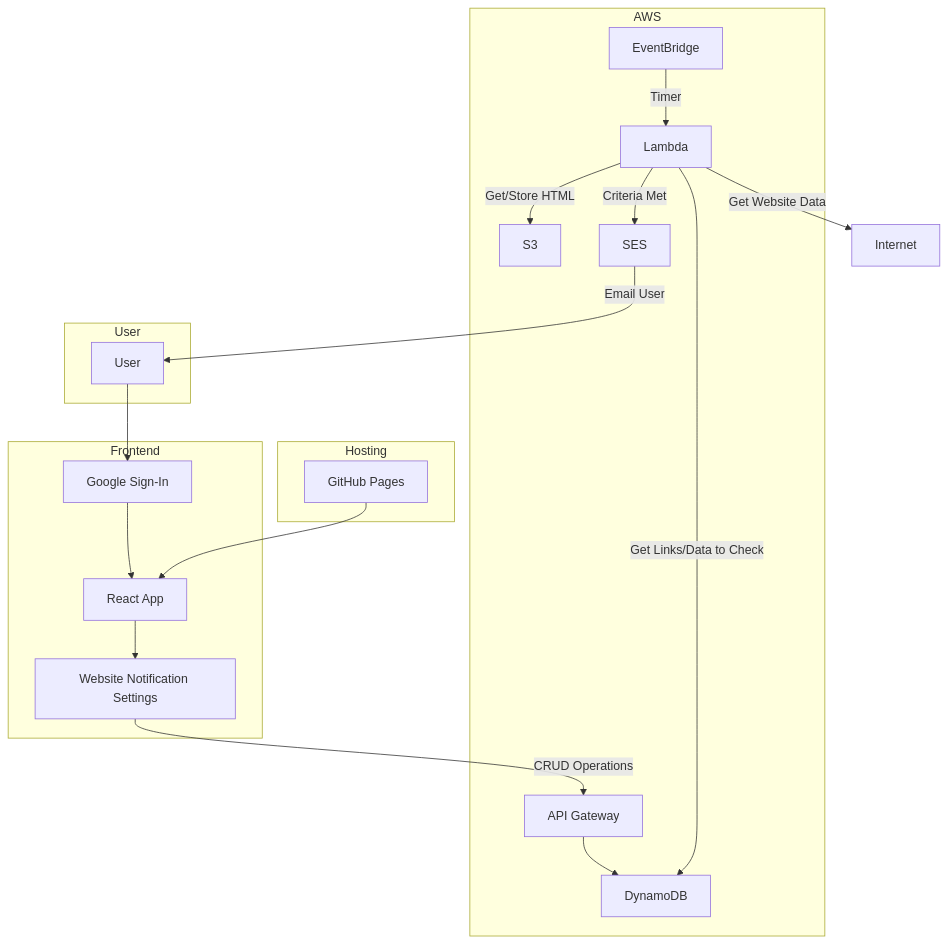
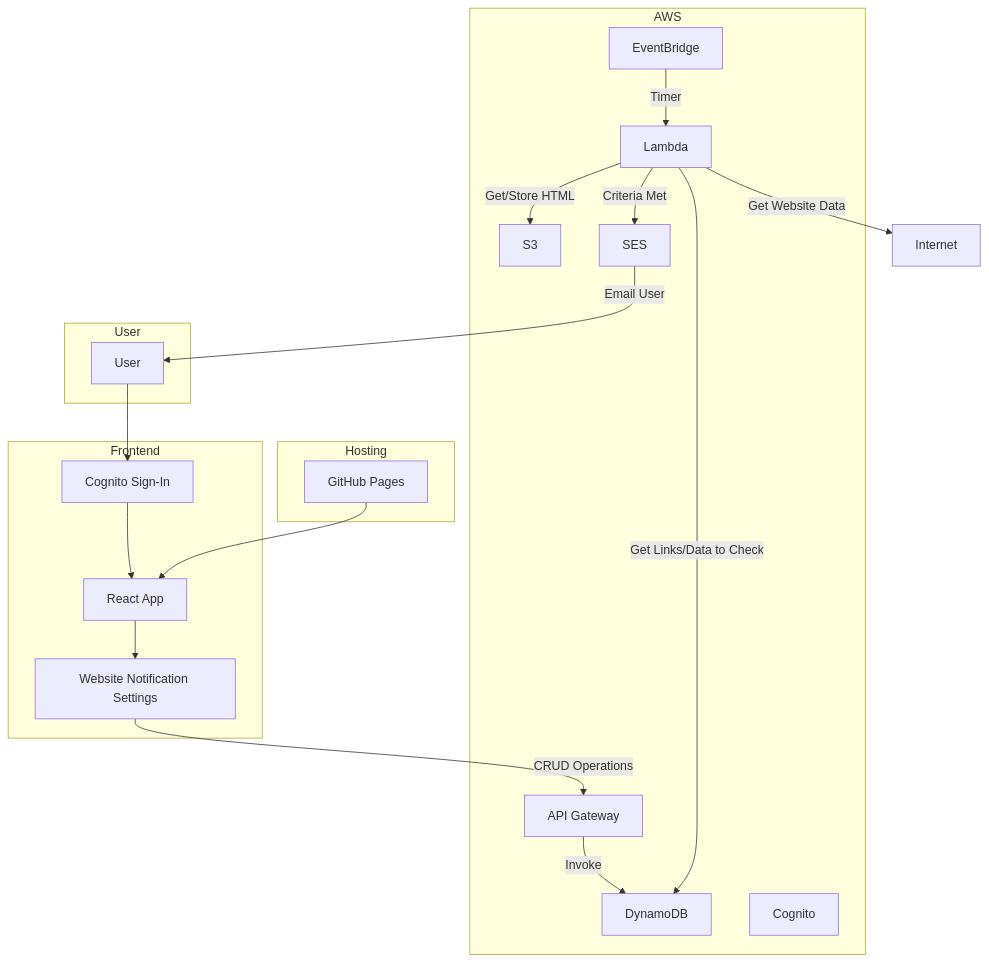
Before and after one commit to cameronmcginley/sitewatch: the third of 3 diagrams in README.md, drawn with Mermaid. The commit also changed other lines of this file and 14 other files, not shown here.

````diff
--- a/README.md
+++ b/README.md
@@ -20,38 +120,41 @@
 ```mermaid
 graph TD
     subgraph User
         U1[User]
     end
 
     subgraph Frontend
         A[React App]
-            A1[Google Sign-In]
+            A1[Cognito Sign-In]
             A2[Website Notification Settings]
     end
 
     subgraph AWS
         B[DynamoDB]
-        C[API Gateway]
+        C[S3]
         F[Lambda]
-        H[S3]
+        J[EventBridge]
+        L[Cognito]
         I[SES]
-        J[EventBridge]
+        APIGW[API Gateway]
     end
 
     subgraph Hosting
         G[GitHub Pages]
     end
 
     U1 --> A1
     A --> A2
     A1 --> A
-    A2 -->|CRUD Operations| C
-    C --> B
+    A2 -->|CRUD Operations| APIGW
+    APIGW -->|Invoke| B
     F -->|Get Website Data| Internet
     F -->|Get Links/Data to Check| B
-    F -->|Get/Store HTML| H
+    F -->|Get/Store HTML| C
     F -->|Criteria Met| I
     I -->|Email User| U1
     G --> A
     J -->|Timer| F
+
+
 ```
````
